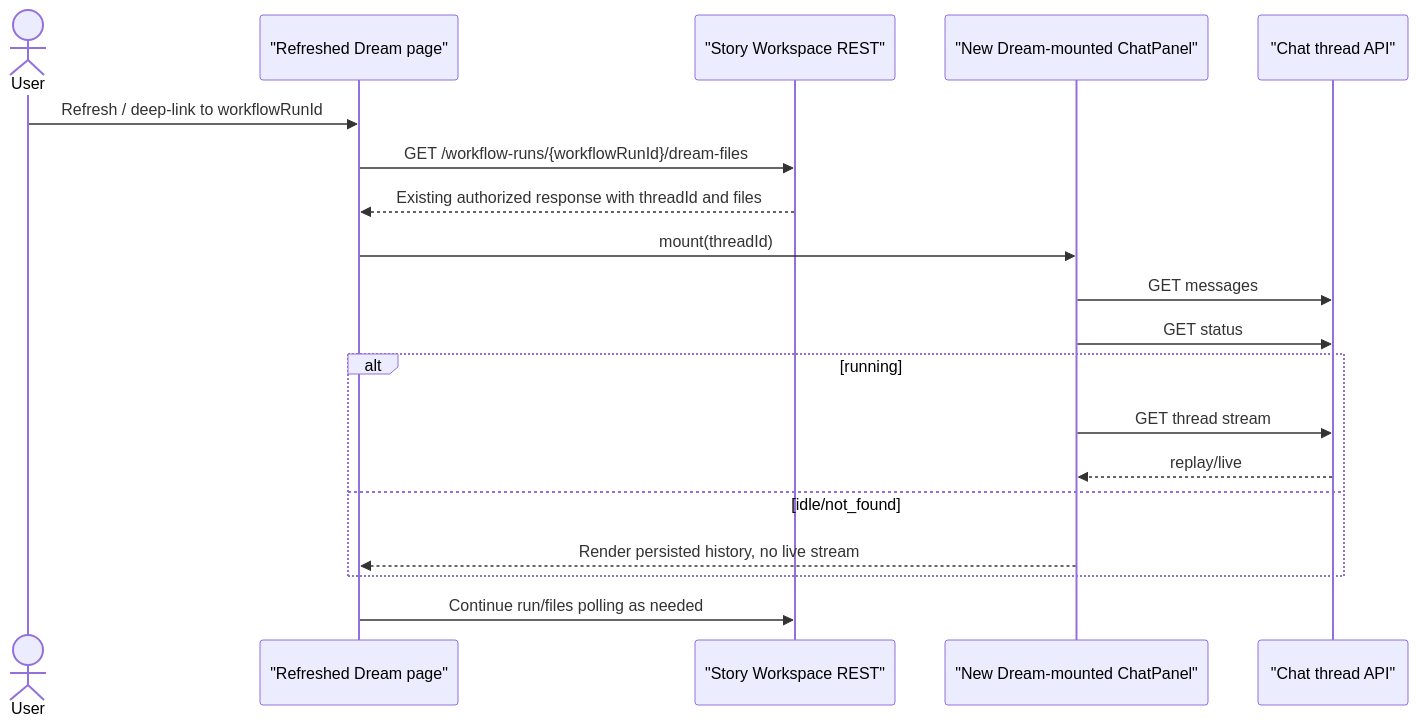
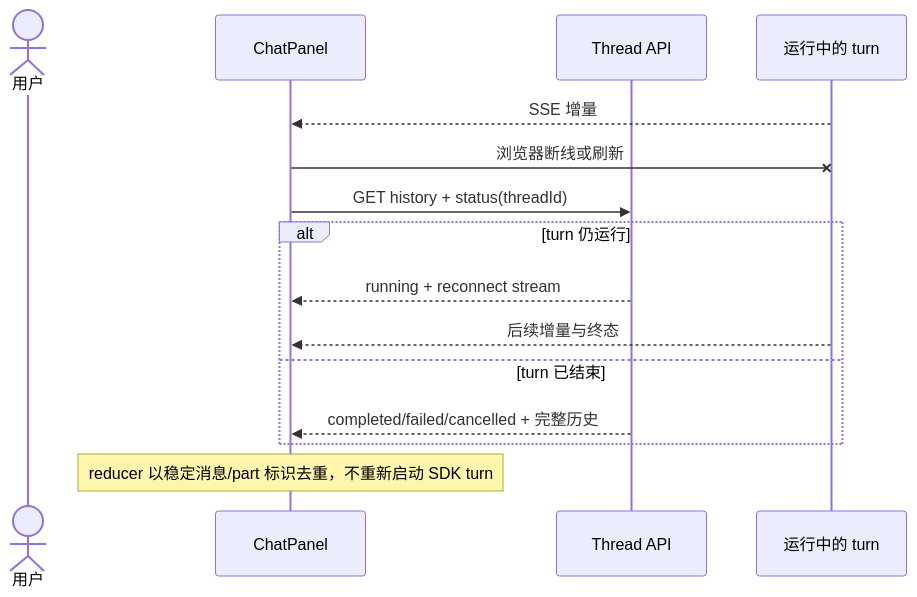
The seventh of 10 diagrams in docs/design/dream-agent/interaction-design.md (glide-the/im-dream), drawn with Mermaid before and after one commit. The commit also changed other lines of this file and 99 other files, not shown here.

````diff
--- a/docs/design/dream-agent/interaction-design.md
+++ b/docs/design/dream-agent/interaction-design.md
@@ -377,22 +144,17 @@
 ```mermaid
 sequenceDiagram
-    actor User
-    participant Page as "Refreshed Dream page"
-    participant Biz as "Story Workspace REST"
-    participant Ctrl as "New Dream-mounted ChatPanel"
-    participant ChatAPI as "Chat thread API"
-
-    User->>Page: Refresh / deep-link to workflowRunId
-    Page->>Biz: GET /workflow-runs/{workflowRunId}/dream-files
-    Biz-->>Page: Existing authorized response with threadId and files
-    Page->>Ctrl: mount(threadId)
-    Ctrl->>ChatAPI: GET messages
-    Ctrl->>ChatAPI: GET status
-    alt running
-        Ctrl->>ChatAPI: GET thread stream
-        ChatAPI-->>Ctrl: replay/live
-    else idle/not_found
-        Ctrl-->>Page: Render persisted history, no live stream
+    actor U as 用户
+    participant P as ChatPanel
+    participant API as Thread API
+    participant R as 运行中的 turn
+    R-->>P: SSE 增量
+    P-xR: 浏览器断线或刷新
+    P->>API: GET history + status(threadId)
+    alt turn 仍运行
+        API-->>P: running + reconnect stream
+        R-->>P: 后续增量与终态
+    else turn 已结束
+        API-->>P: completed/failed/cancelled + 完整历史
     end
-    Page->>Biz: Continue run/files polling as needed
+    Note over P: reducer 以稳定消息/part 标识去重，不重新启动 SDK turn
 ```
````
